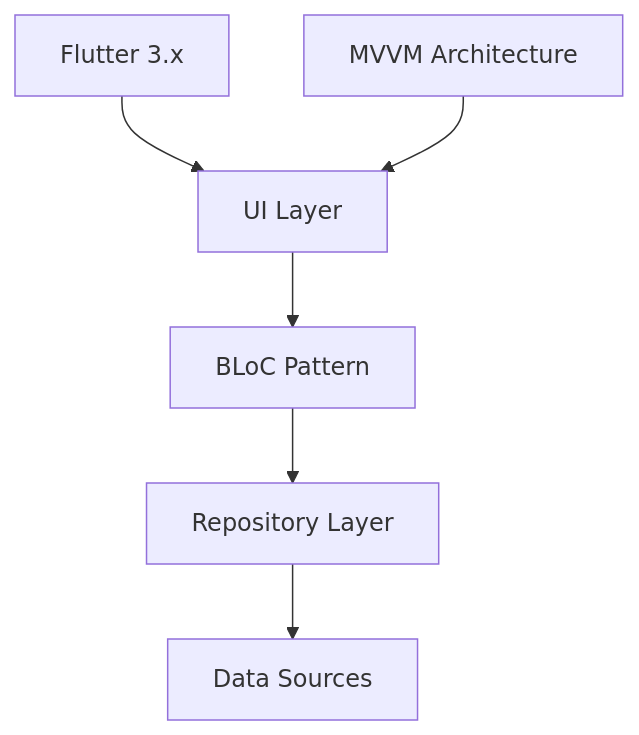
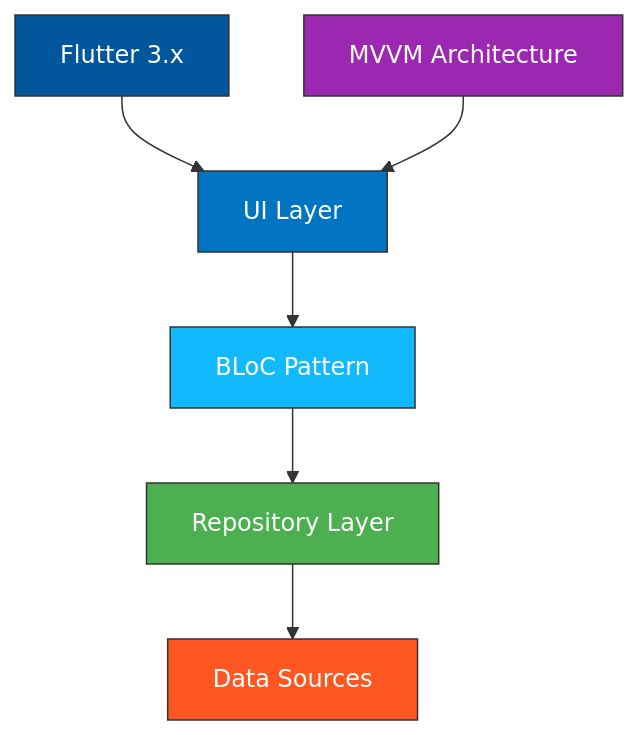
The second of 7 diagrams in README.md (ahmedtohamy1/PulseHub), drawn with Mermaid before and after one commit. The commit also changed other lines of this file, not shown here.

First line of the commit message:
📚 Update README.md with detailed architecture and data flow diagrams

````diff
--- a/README.md
+++ b/README.md
@@ -116,8 +136,15 @@
 ```mermaid
 graph TD
     A[Flutter 3.x] --> B[UI Layer]
     B --> C[BLoC Pattern]
     C --> D[Repository Layer]
     D --> E[Data Sources]
     F[MVVM Architecture] --> B
+
+    style A fill:#02569B,stroke:#333,color:#fff
+    style B fill:#0175C2,stroke:#333,color:#fff
+    style C fill:#13B9FD,stroke:#333,color:#fff
+    style D fill:#4CAF50,stroke:#333,color:#fff
+    style E fill:#FF5722,stroke:#333,color:#fff
+    style F fill:#9C27B0,stroke:#333,color:#fff
 ```
````
